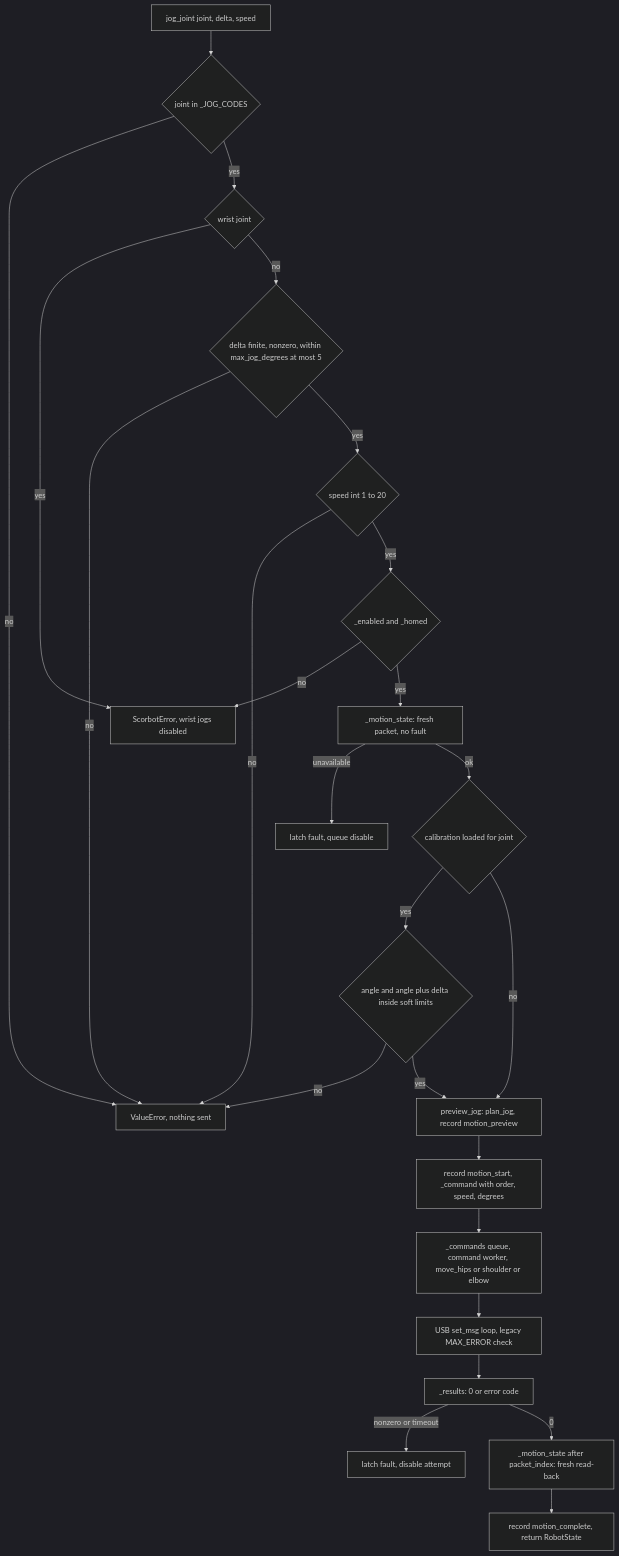
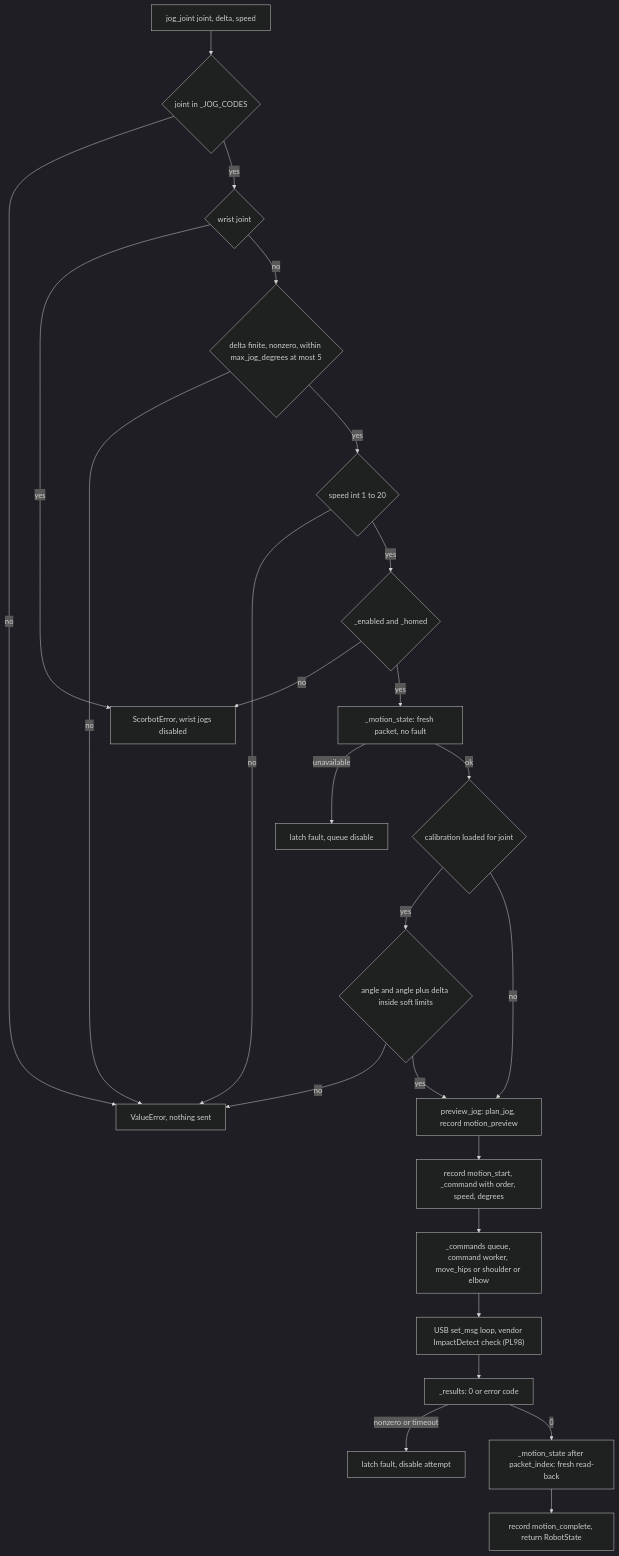
Before and after one commit to Sebastianr8243/scorbot-er4u-python: the fourth of 5 diagrams in docs/design/ARCHITECTURE.md, drawn with Mermaid (dark theme). The commit also changed 21 other files, not shown here.

First line of the commit message:
Stack 2: hold a fixed idle setpoint and use the vendor impact rule

````diff
--- a/docs/design/ARCHITECTURE.md
+++ b/docs/design/ARCHITECTURE.md
@@ -185,27 +185,27 @@
 ```mermaid
 flowchart TD
     A["jog_joint joint, delta, speed"] --> B{"joint in _JOG_CODES"}
     B -->|no| X["ValueError, nothing sent"]
     B -->|yes| C{"wrist joint"}
     C -->|yes| X2["ScorbotError, wrist jogs disabled"]
     C -->|no| D{"delta finite, nonzero, within max_jog_degrees at most 5"}
     D -->|no| X
     D -->|yes| E{"speed int 1 to 20"}
     E -->|no| X
     E -->|yes| F{"_enabled and _homed"}
     F -->|no| X2
     F -->|yes| G["_motion_state: fresh packet, no fault"]
     G -->|"unavailable"| FL["latch fault, queue disable"]
     G -->|ok| H{"calibration loaded for joint"}
     H -->|yes| I{"angle and angle plus delta inside soft limits"}
     I -->|no| X
     I -->|yes| J["preview_jog: plan_jog, record motion_preview"]
     H -->|no| J
     J --> K["record motion_start, _command with order, speed, degrees"]
     K --> L["_commands queue, command worker, move_hips or shoulder or elbow"]
-    L --> M["USB set_msg loop, legacy MAX_ERROR check"]
+    L --> M["USB set_msg loop, vendor ImpactDetect check (PL98)"]
     M --> N["_results: 0 or error code"]
     N -->|nonzero or timeout| FL2["latch fault, disable attempt"]
     N -->|0| O["_motion_state after packet_index: fresh read-back"]
     O --> P["record motion_complete, return RobotState"]
 ```
````
